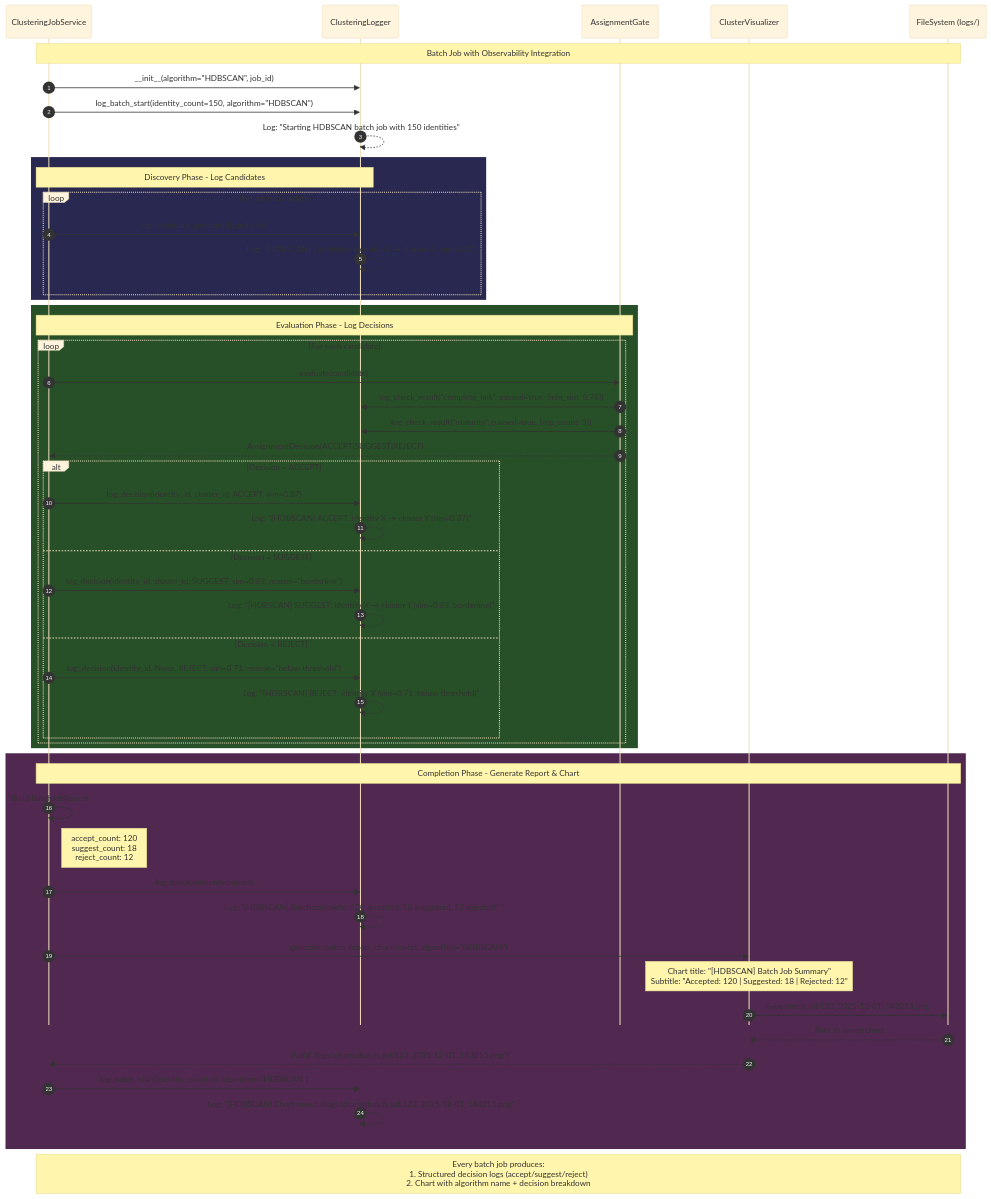
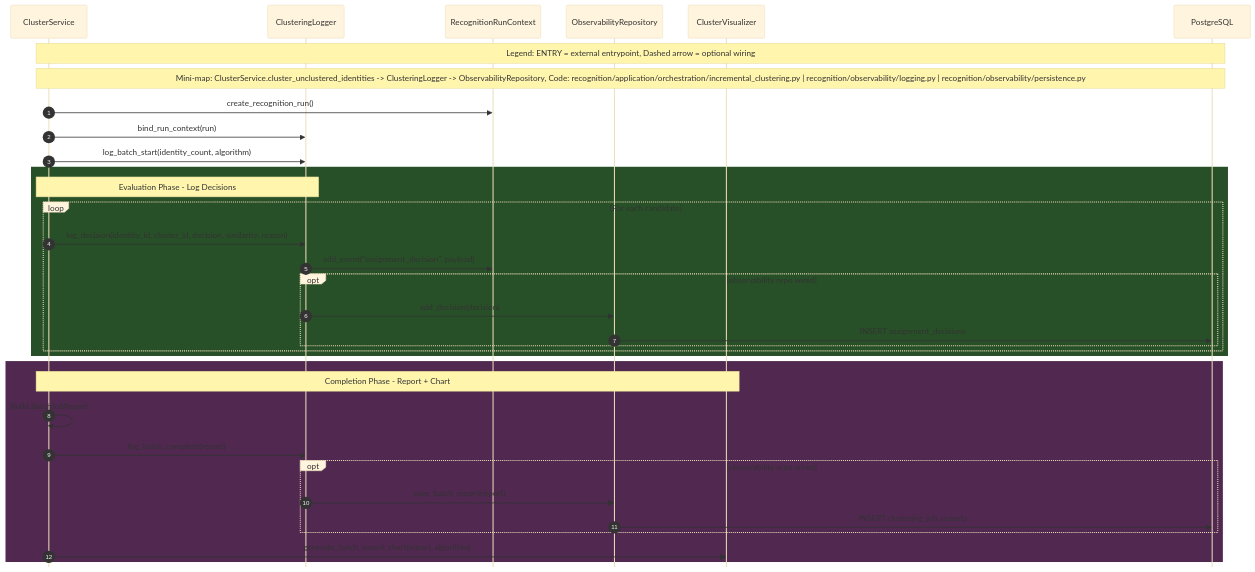
The diagram in docs/architecture/backend-uml/workflows/batch_job_observability.mmd (darce/context-alt-text-monorepo), drawn with Mermaid before and after one commit. The commit also changed 31 other files, not shown here.

Commit message:
docs(architecture): update backend UML diagrams and API contracts

```diff
--- a/docs/architecture/backend-uml/workflows/batch_job_observability.mmd
+++ b/docs/architecture/backend-uml/workflows/batch_job_observability.mmd
@@ -1,65 +1,41 @@
 %%{init: {"theme": "base", "sequence": {"mirrorActors": false}}}%%
 sequenceDiagram
     autonumber
     
-    participant Job as ClusteringJobService
+    participant Job as ClusterService
     participant Logger as ClusteringLogger
-    participant Gate as AssignmentGate
+    participant Run as RecognitionRunContext
+    participant Obs as ObservabilityRepository
     participant Viz as ClusterVisualizer
-    participant FS as FileSystem (logs/)
+    participant DB as PostgreSQL
     
-    Note over Job,FS: Batch Job with Observability Integration
+    Note over Job,DB: Legend: ENTRY = external entrypoint, Dashed arrow = optional wiring
+    Note over Job,DB: Mini-map: ClusterService.cluster_unclustered_identities -> ClusteringLogger -> ObservabilityRepository, Code: recognition/application/orchestration/incremental_clustering.py | recognition/observability/logging.py | recognition/observability/persistence.py
     
     %% Job Start
-    Job->>Logger: __init__(algorithm="HDBSCAN", job_id)
-    Job->>Logger: log_batch_start(identity_count=150, algorithm="HDBSCAN")
-    Logger-->>Logger: Log: "Starting HDBSCAN batch job with 150 identities"
-    
-    rect rgb(40, 40, 80)
-        Note over Job,Logger: Discovery Phase - Log Candidates
-        loop For each candidate
-            Job->>Logger: log_candidate_generated(candidate)
-            Logger-->>Logger: Log: "[HDBSCAN] Candidate: identity=X → cluster=Y, sim=0.87"
-        end
-    end
+    Job->>Run: create_recognition_run()
+    Job->>Logger: bind_run_context(run)
+    Job->>Logger: log_batch_start(identity_count, algorithm)
     
     rect rgb(40, 80, 40)
-        Note over Job,Gate: Evaluation Phase - Log Decisions
+        Note over Job,Logger: Evaluation Phase - Log Decisions
         loop For each candidate
-            Job->>Gate: evaluate(candidate)
-            Gate->>Logger: log_check_result("complete_link", passed=true, {min_sim: 0.78})
-            Gate->>Logger: log_check_result("maturity", passed=true, {rep_count: 3})
-            Gate-->>Job: AssignmentDecision(ACCEPT|SUGGEST|REJECT)
-            
-            alt Decision = ACCEPT
-                Job->>Logger: log_decision(identity_id, cluster_id, ACCEPT, sim=0.87)
-                Logger-->>Logger: Log: "[HDBSCAN] ACCEPT: identity X → cluster Y (sim=0.87)"
-            else Decision = SUGGEST
-                Job->>Logger: log_decision(identity_id, cluster_id, SUGGEST, sim=0.83, reason="borderline")
-                Logger-->>Logger: Log: "[HDBSCAN] SUGGEST: identity X → cluster Y (sim=0.83, borderline)"
-            else Decision = REJECT
-                Job->>Logger: log_decision(identity_id, None, REJECT, sim=0.71, reason="below threshold")
-                Logger-->>Logger: Log: "[HDBSCAN] REJECT: identity X (sim=0.71, below threshold)"
+            Job->>Logger: log_decision(identity_id, cluster_id, decision, similarity, reason)
+            Logger->>Run: add_event("assignment_decision", payload)
+            opt observability repo wired
+                Logger->>Obs: add_decision(decision)
+                Obs->>DB: INSERT assignment_decisions
             end
         end
     end
     
     rect rgb(80, 40, 80)
-        Note over Job,FS: Completion Phase - Generate Report & Chart
+        Note over Job,Viz: Completion Phase - Report + Chart
         Job->>Job: Build BatchJobReport
-        Note right of Job: accept_count: 120<br/>suggest_count: 18<br/>reject_count: 12
-        
         Job->>Logger: log_batch_complete(report)
-        Logger-->>Logger: Log: "[HDBSCAN] Batch complete: 120 accepted, 18 suggested, 12 rejected"
-        
-        Job->>Viz: generate_batch_report_chart(report, algorithm="HDBSCAN")
-        Note over Viz: Chart title: "[HDBSCAN] Batch Job Summary"<br/>Subtitle: "Accepted: 120 | Suggested: 18 | Rejected: 12"
-        Viz->>FS: Save batch_job123_2025-12-01_143215.png
-        FS-->>Viz: Path to saved chart
-        Viz-->>Job: Path("/logs/charts/batch_job123_2025-12-01_143215.png")
-        
-        Job->>Logger: log_batch_start(identity_count=0, algorithm="HDBSCAN")
-        Logger-->>Logger: Log: "[HDBSCAN] Chart saved: /logs/charts/batch_job123_2025-12-01_143215.png"
+        opt observability repo wired
+            Logger->>Obs: save_batch_report(report)
+            Obs->>DB: INSERT clustering_job_reports
+        end
+        Job->>Viz: generate_batch_report_chart(report, algorithm)
     end
-    
-    Note over Job,FS: Every batch job produces:<br/>1. Structured decision logs (accept/suggest/reject)<br/>2. Chart with algorithm name + decision breakdown
```
